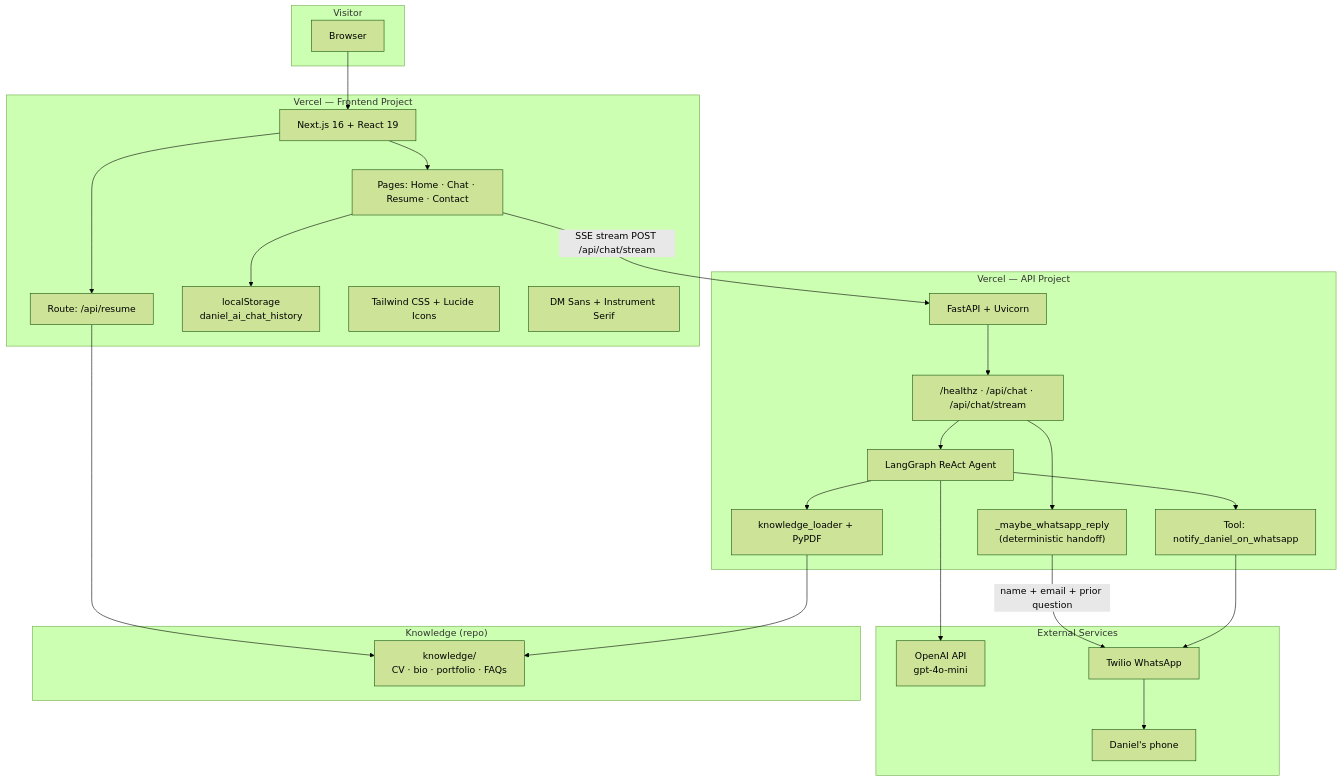
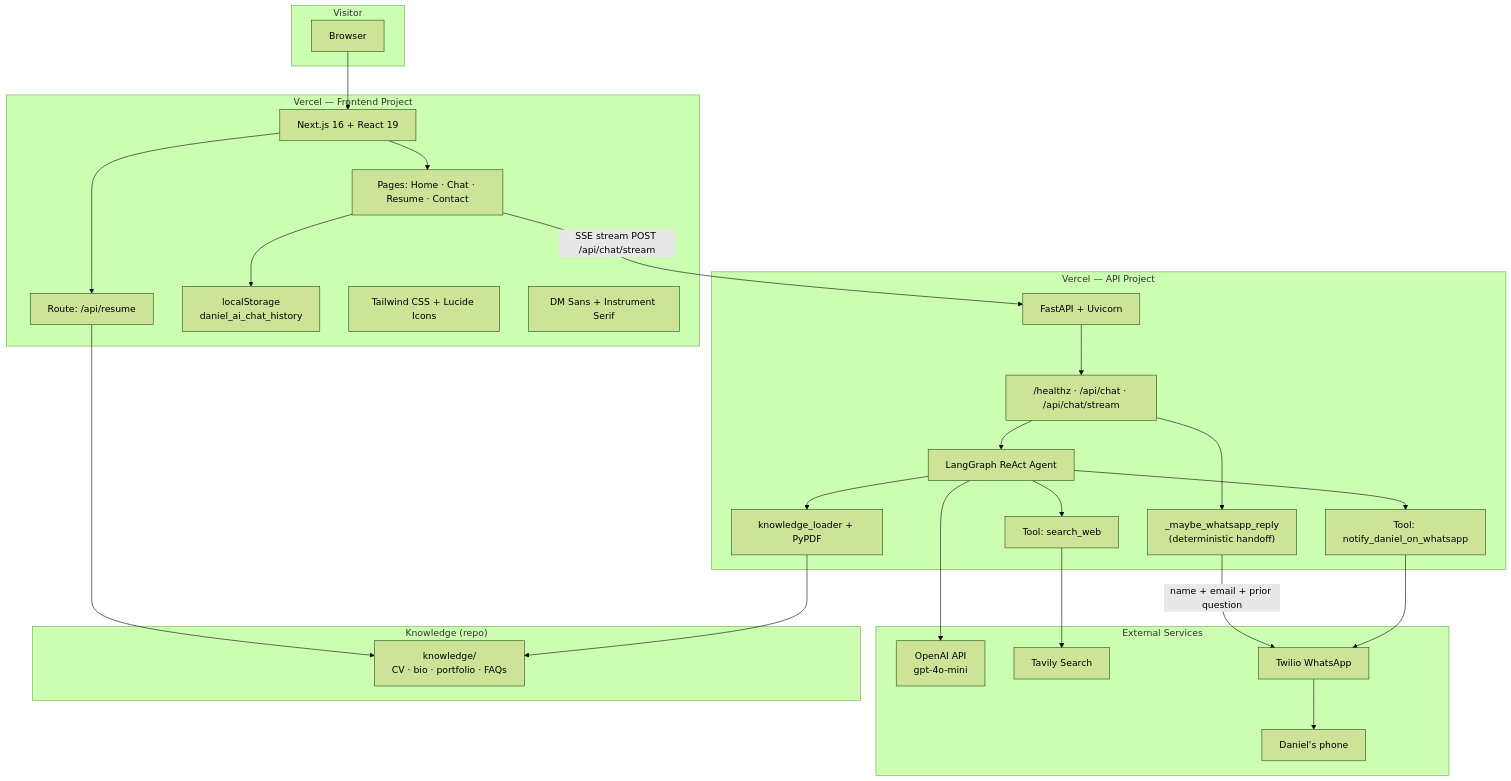
Before and after one commit to ddavid37/Professional-AI-Representative: the first of 3 diagrams in README.md, drawn with Mermaid (forest theme). The commit also changed other lines of this file and 7 other files, not shown here.

First line of the commit message:
Add Tavily web search and update home page hero bio.

````diff
--- a/README.md
+++ b/README.md
@@ -27,52 +29,56 @@
 ```mermaid
 flowchart TB
     subgraph User["Visitor"]
         Browser["Browser"]
     end
 
     subgraph VercelFE["Vercel — Frontend Project"]
         NextJS["Next.js 16 + React 19"]
         Pages["Pages: Home · Chat · Resume · Contact"]
         ResumeAPI["Route: /api/resume"]
         LS["localStorage<br/>daniel_ai_chat_history"]
         Tailwind["Tailwind CSS + Lucide Icons"]
         Fonts["DM Sans + Instrument Serif"]
     end
 
     subgraph VercelAPI["Vercel — API Project"]
         FastAPI["FastAPI + Uvicorn"]
         Routes["/healthz · /api/chat · /api/chat/stream"]
         Handoff["_maybe_whatsapp_reply<br/>(deterministic handoff)"]
         Agent["LangGraph ReAct Agent"]
+        SearchTool["Tool: search_web"]
         Tool["Tool: notify_daniel_on_whatsapp"]
         Loader["knowledge_loader + PyPDF"]
     end
 
     subgraph External["External Services"]
         OpenAI["OpenAI API<br/>gpt-4o-mini"]
+        Tavily["Tavily Search"]
         Twilio["Twilio WhatsApp"]
         Daniel["Daniel's phone"]
     end
 
     subgraph Data["Knowledge (repo)"]
         Knowledge["knowledge/<br/>CV · bio · portfolio · FAQs"]
     end
 
     Browser --> NextJS
     NextJS --> Pages
     NextJS --> ResumeAPI
     Pages --> LS
     Pages -->|"SSE stream POST /api/chat/stream"| FastAPI
     ResumeAPI --> Knowledge
 
     FastAPI --> Routes
     Routes --> Handoff
     Handoff -->|"name + email + prior question"| Twilio
     Routes --> Agent
     Agent --> OpenAI
+    Agent --> SearchTool
+    SearchTool --> Tavily
     Agent --> Tool
     Tool --> Twilio
     Loader --> Knowledge
     Agent --> Loader
     Twilio --> Daniel
 ```
````
